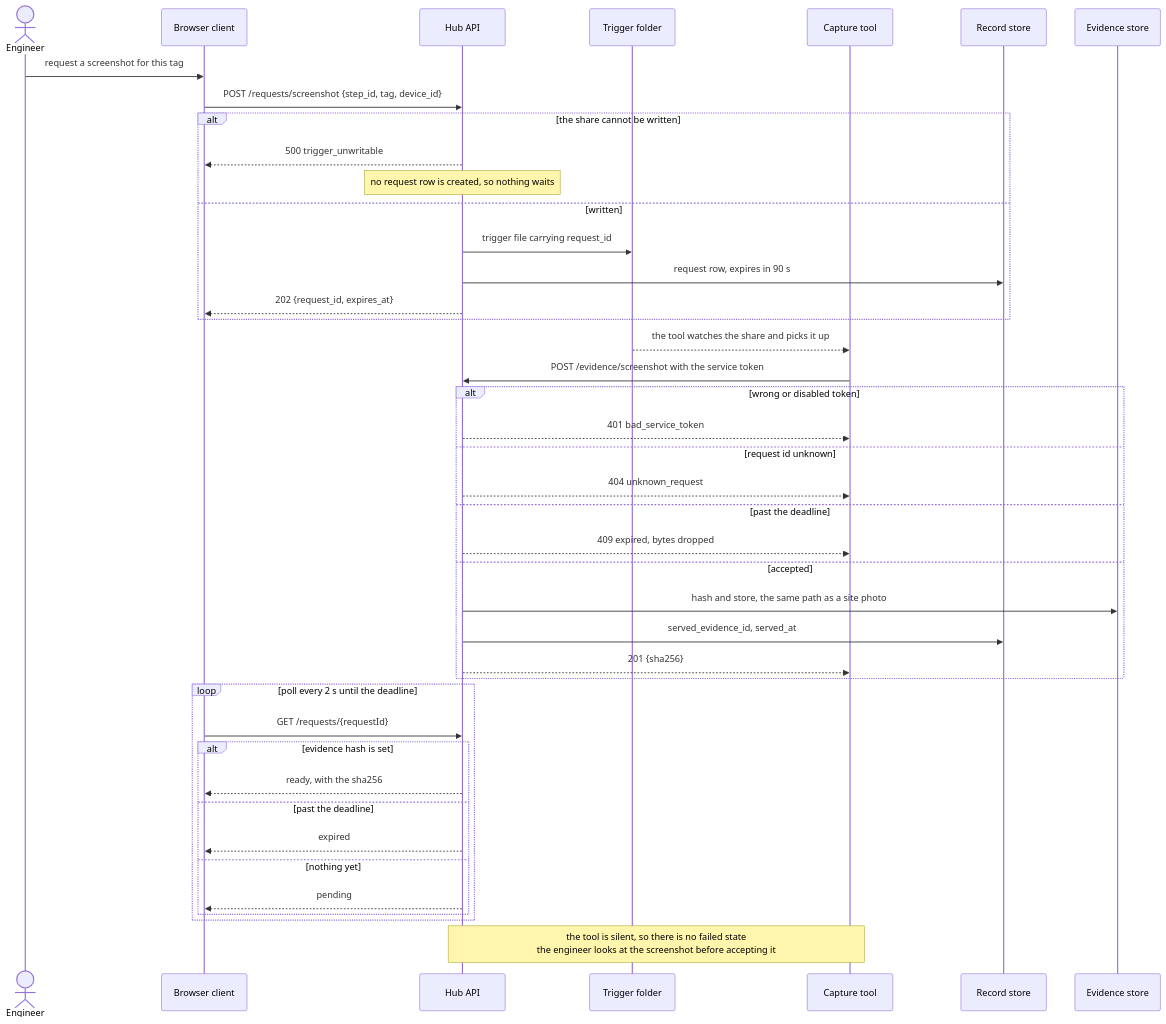
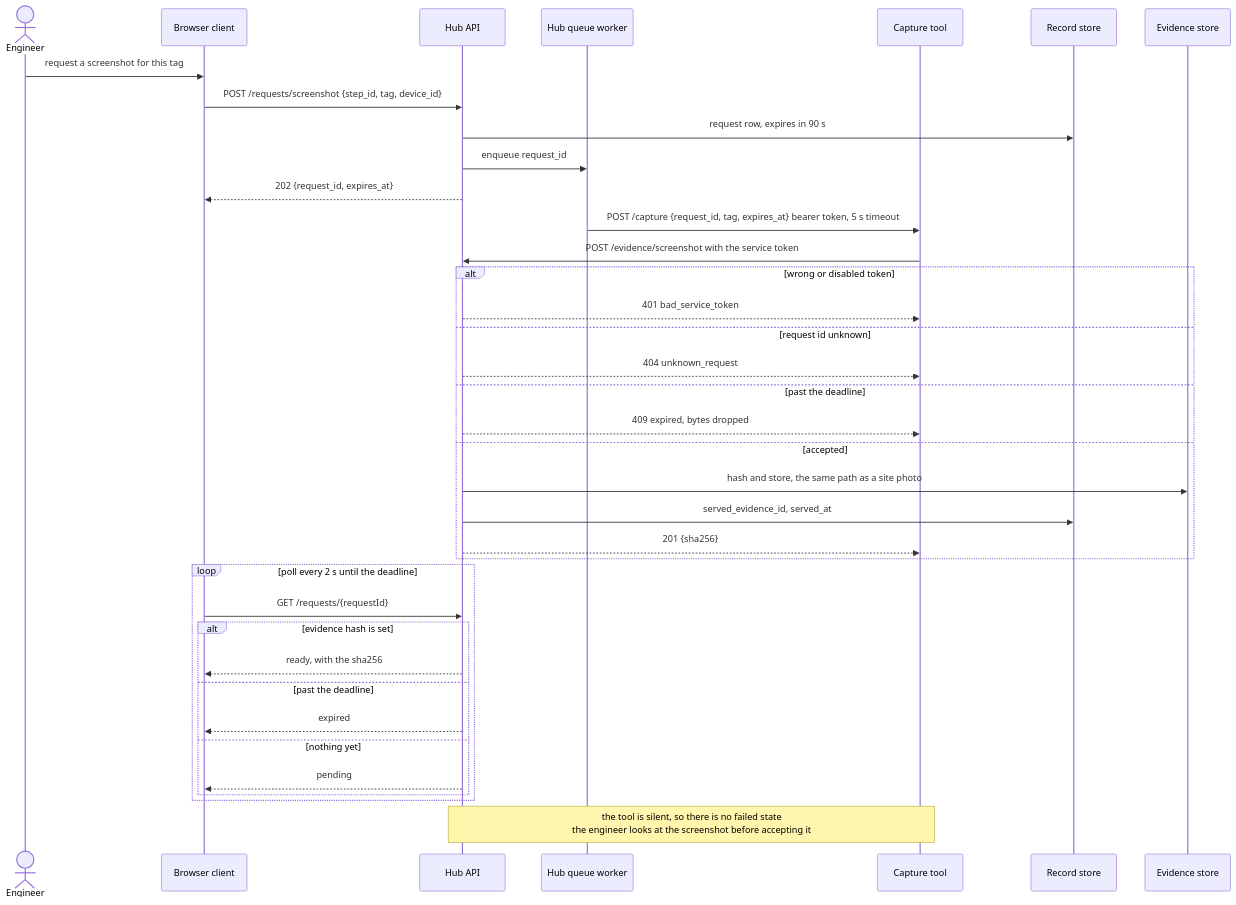
Before and after one commit to yny-godigital/site-inspection-tools: the tenth of 17 diagrams in 04-design.md, drawn with Mermaid. The commit also changed other lines of this file and 66 other files, not shown here.

First line of the commit message:
Switch screenshot trigger to HTTP with Hub queue

````diff
--- a/04-design.md
+++ b/04-design.md
@@ -366,44 +366,39 @@
 ```mermaid
 sequenceDiagram
   actor E as Engineer
   participant C as Browser client
   participant API as Hub API
-  participant SH as Trigger folder
+  participant Q as Hub queue worker
   participant TOOL as Capture tool
   participant DB as Record store
   participant EV as Evidence store
   E->>C: request a screenshot for this tag
   C->>API: POST /requests/screenshot {step_id, tag, device_id}
-  alt the share cannot be written
-    API-->>C: 500 trigger_unwritable
-    Note over API: no request row is created, so nothing waits
-  else written
-    API->>SH: trigger file carrying request_id
-    API->>DB: request row, expires in 90 s
-    API-->>C: 202 {request_id, expires_at}
-  end
-  SH-->>TOOL: the tool watches the share and picks it up
+  API->>DB: request row, expires in 90 s
+  API->>Q: enqueue request_id
+  API-->>C: 202 {request_id, expires_at}
+  Q->>TOOL: POST /capture {request_id, tag, expires_at} bearer token, 5 s timeout
   TOOL->>API: POST /evidence/screenshot with the service token
   alt wrong or disabled token
     API-->>TOOL: 401 bad_service_token
   else request id unknown
     API-->>TOOL: 404 unknown_request
   else past the deadline
     API-->>TOOL: 409 expired, bytes dropped
   else accepted
     API->>EV: hash and store, the same path as a site photo
     API->>DB: served_evidence_id, served_at
     API-->>TOOL: 201 {sha256}
   end
   loop poll every 2 s until the deadline
     C->>API: GET /requests/{requestId}
     alt evidence hash is set
       API-->>C: ready, with the sha256
     else past the deadline
       API-->>C: expired
     else nothing yet
       API-->>C: pending
     end
   end
   Note over TOOL,API: the tool is silent, so there is no failed state<br/>the engineer looks at the screenshot before accepting it
 ```
````
